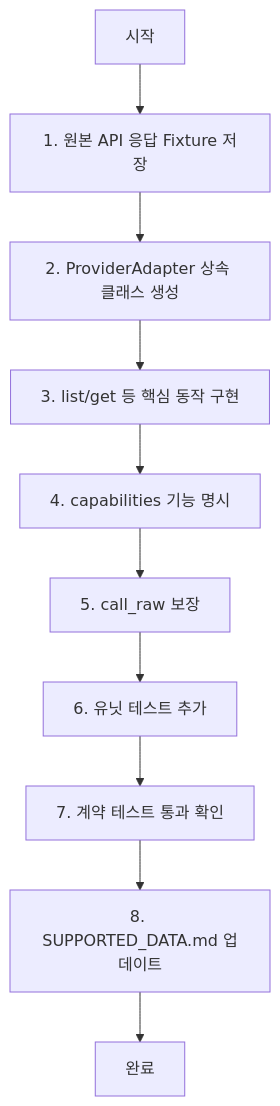
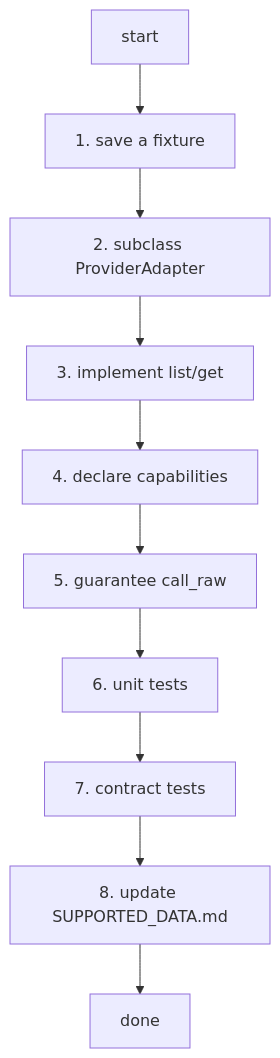
Before and after one commit to kpubdata-lab/kpubdata: the second of 2 diagrams in AGENTS.md, drawn with Mermaid. The commit also changed other lines of this file and 3 other files, not shown here.

````diff
--- a/AGENTS.md
+++ b/AGENTS.md
@@ -356,12 +380,12 @@
 ```mermaid
 flowchart TD
-    Start[시작] --> F1[1. 원본 API 응답 Fixture 저장]
-    F1 --> F2[2. ProviderAdapter 상속 클래스 생성]
-    F2 --> F3[3. list/get 등 핵심 동작 구현]
-    F3 --> F4[4. capabilities 기능 명시]
-    F4 --> F5[5. call_raw 보장]
-    F5 --> F6[6. 유닛 테스트 추가]
-    F6 --> F7[7. 계약 테스트 통과 확인]
-    F7 --> F8[8. SUPPORTED_DATA.md 업데이트]
-    F8 --> End[완료]
+    Start[start] --> F1[1. save a fixture]
+    F1 --> F2[2. subclass ProviderAdapter]
+    F2 --> F3[3. implement list/get]
+    F3 --> F4[4. declare capabilities]
+    F4 --> F5[5. guarantee call_raw]
+    F5 --> F6[6. unit tests]
+    F6 --> F7[7. contract tests]
+    F7 --> F8[8. update SUPPORTED_DATA.md]
+    F8 --> End[done]
 ```
````
